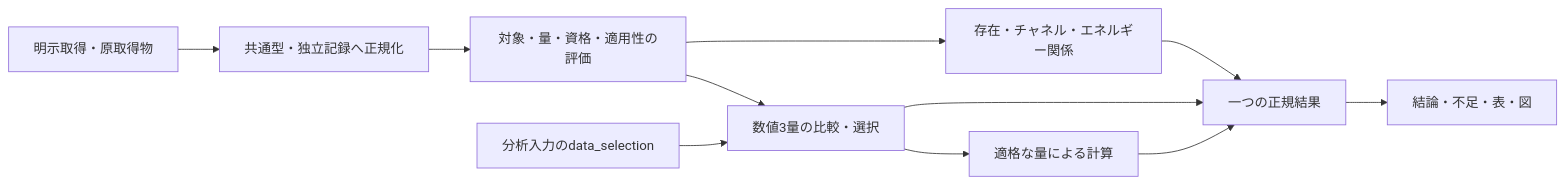
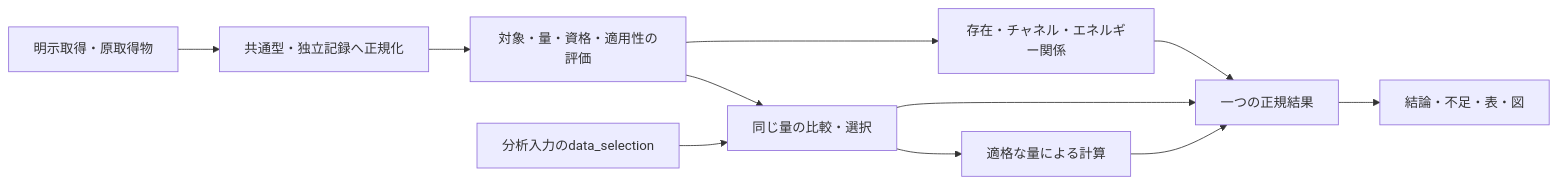
The diagram in docs/data_foundation_plan.md (dkawa2523/react_gen), drawn with Mermaid before and after one commit. The commit also changed other lines of this file and 185 other files, not shown here.

````diff
--- a/docs/data_foundation_plan.md
+++ b/docs/data_foundation_plan.md
@@ -11,13 +11,13 @@
 ```mermaid
 flowchart LR
     A[明示取得・原取得物] --> N[共通型・独立記録へ正規化]
     N --> E[対象・量・資格・適用性の評価]
     E --> J[存在・チャネル・エネルギー関係]
-    E --> S[数値3量の比較・選択]
+    E --> S[同じ量の比較・選択]
     U[分析入力のdata_selection] --> S
     S --> C[適格な量による計算]
     J --> R[一つの正規結果]
     S --> R
     C --> R
     R --> V[結論・不足・表・図]
 ```
````
